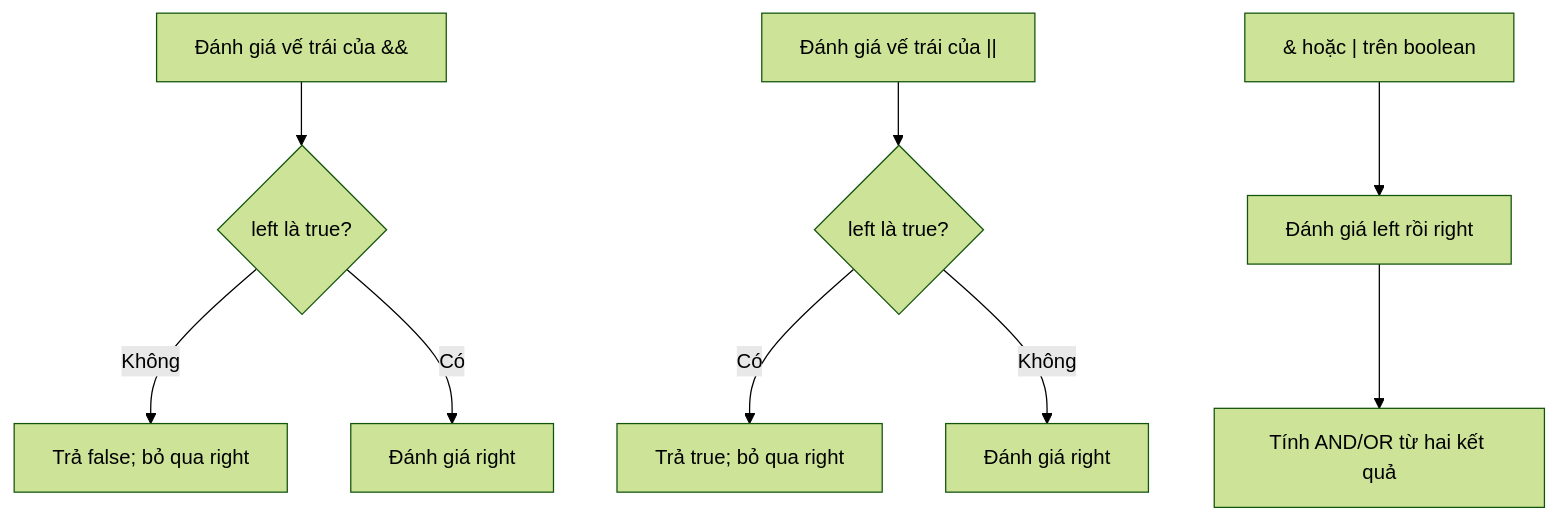
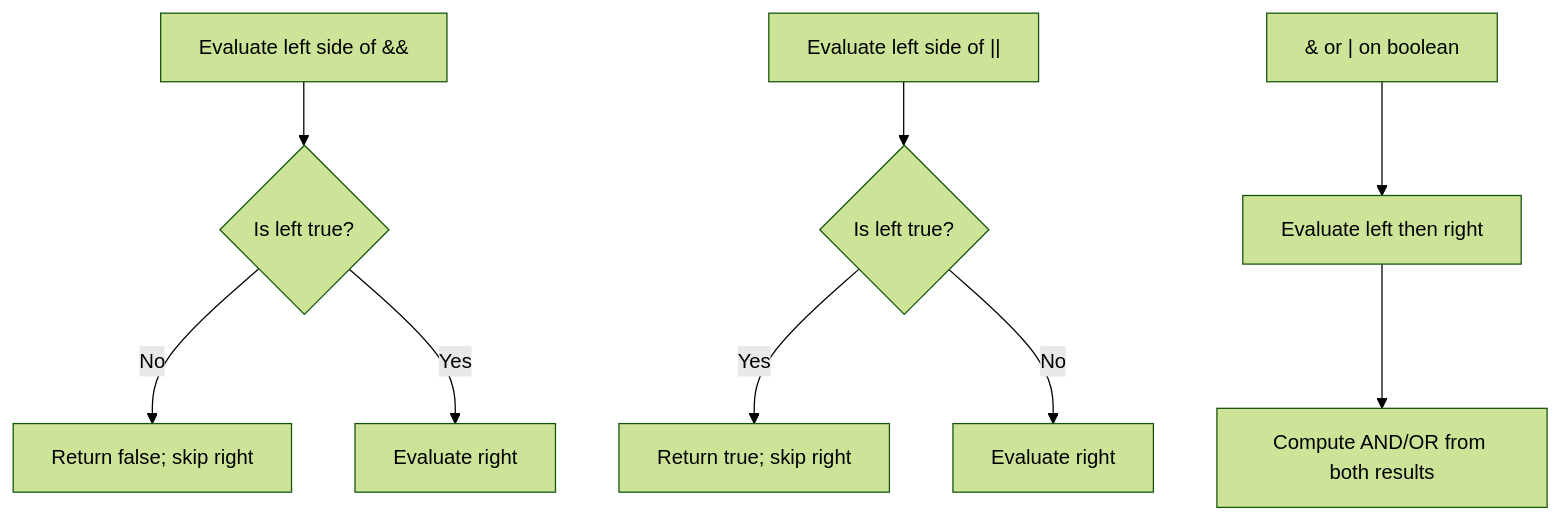
The diagram in module/platform/development/programming/language/java/core/language-basics/content/knowledge/en/17.logic-and-conditions/logic-and-conditions-005.md (phuongnguyenit93/learning-platform-data), drawn with Mermaid (forest theme) before and after one commit. The commit also changed other lines of this file and 2307 other files, not shown here.

```diff
--- a/module/platform/development/programming/language/java/core/language-basics/content/knowledge/en/17.logic-and-conditions/logic-and-conditions-005.md
+++ b/module/platform/development/programming/language/java/core/language-basics/content/knowledge/en/17.logic-and-conditions/logic-and-conditions-005.md
@@ -98,11 +98,11 @@
 ~~~mermaid
 flowchart TD
-    A["Đánh giá vế trái của &&"] --> B{"left là true?"}
-    B -- "Không" --> C["Trả false; bỏ qua right"]
-    B -- "Có" --> D["Đánh giá right"]
-    E["Đánh giá vế trái của ||"] --> F{"left là true?"}
-    F -- "Có" --> G["Trả true; bỏ qua right"]
-    F -- "Không" --> H["Đánh giá right"]
-    I["& hoặc | trên boolean"] --> J["Đánh giá left rồi right"]
-    J --> K["Tính AND/OR từ hai kết quả"]
+    A["Evaluate left side of &&"] --> B{"Is left true?"}
+    B -- "No" --> C["Return false; skip right"]
+    B -- "Yes" --> D["Evaluate right"]
+    E["Evaluate left side of ||"] --> F{"Is left true?"}
+    F -- "Yes" --> G["Return true; skip right"]
+    F -- "No" --> H["Evaluate right"]
+    I["& or | on boolean"] --> J["Evaluate left then right"]
+    J --> K["Compute AND/OR from both results"]
 ~~~
```
